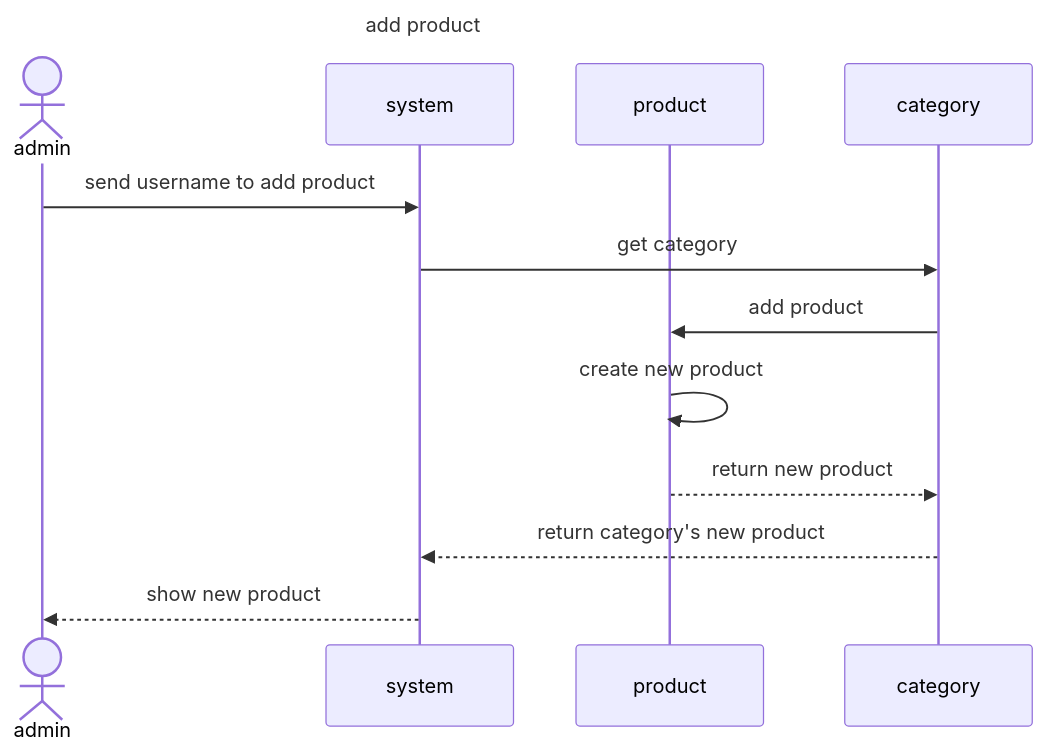
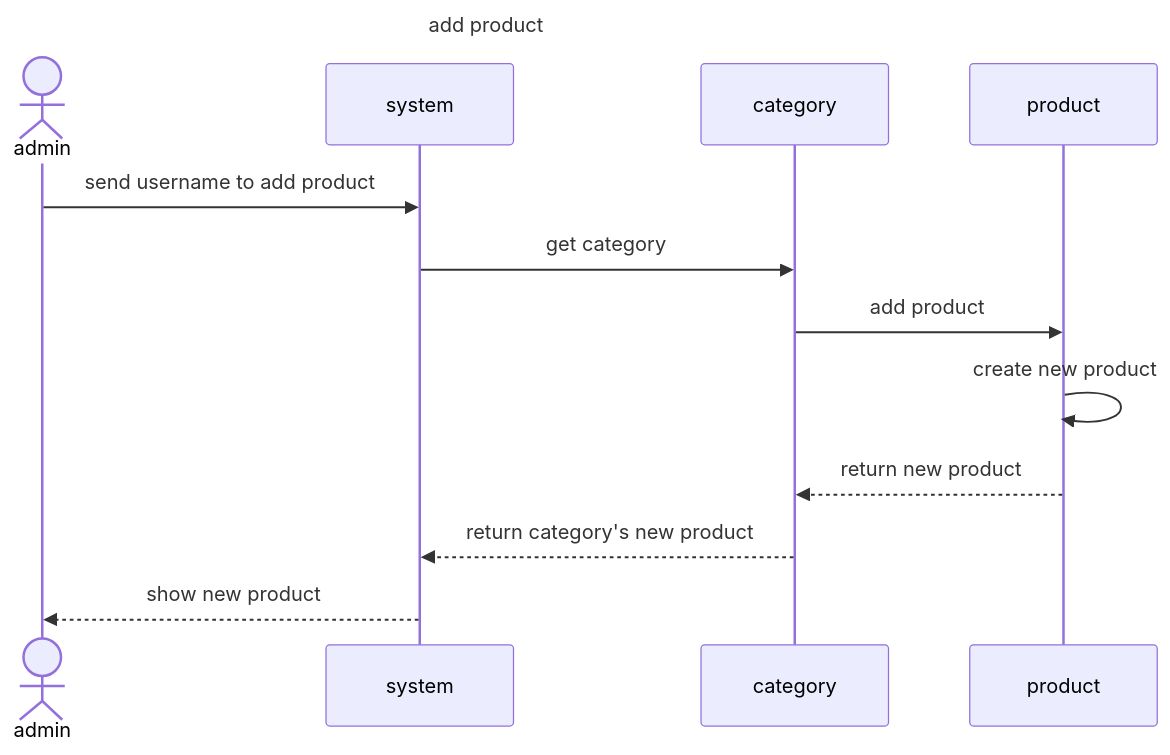
The diagram in sequence_diag/admin/add product.mmd (MxMhx/OOP_Project_MK_website), drawn with Mermaid before and after one commit. The commit also changed other lines of this file, not shown here.

```diff
--- a/sequence_diag/admin/add product.mmd
+++ b/sequence_diag/admin/add product.mmd
@@ -1,13 +1,13 @@
 sequenceDiagram
     title add product
     actor admin
     participant system
+    participant category
     participant product
-    participant category
     admin ->> system: send username to add product
     system ->> category:get category
     category ->> product:add product
     product ->> product:create new product
     product -->> category:return new product
     category -->> system:return category's new product
     system -->> admin:show new product
```
